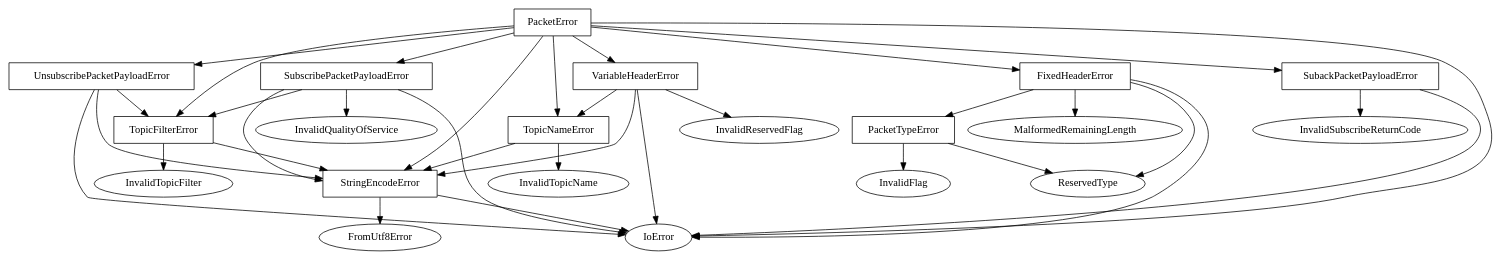
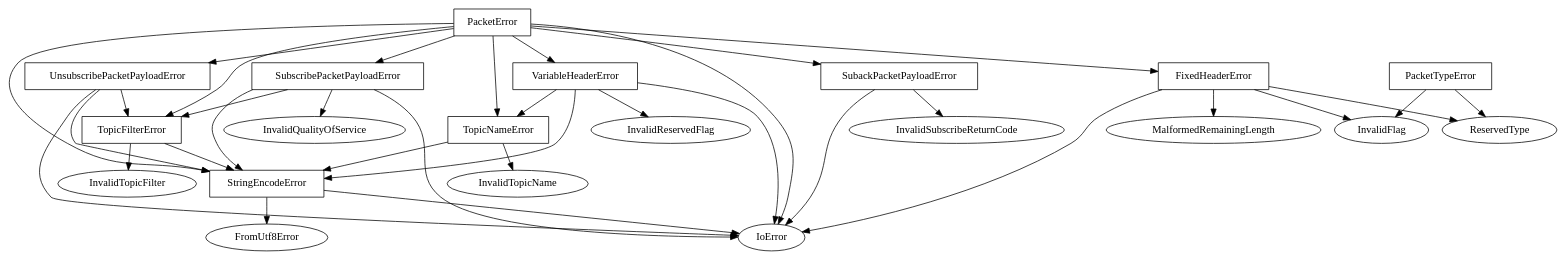
Before and after one commit to zonyitoo/mqtt-rs: the diagram in errortypes.dot, drawn with Graphviz. The commit also changed 4 other files, not shown here.

First line of the commit message:
Simplify `FixedHeaderError`.

```diff
--- a/errortypes.dot
+++ b/errortypes.dot
@@ -1,58 +1,58 @@
 // Generated using the following shell command and some manual tinkering.
 // rg enum.*Error -A20 -I|sed -n /enum.*Error/,/}/p|rg -v //|sed 's/[(,].*//'
 
 digraph errors {
   TopicFilterError [shape=box]
   TopicFilterError -> StringEncodeError;
   TopicFilterError -> InvalidTopicFilter;
 
   TopicNameError [shape=box]
   TopicNameError -> StringEncodeError;
   TopicNameError -> InvalidTopicName;
 
   StringEncodeError [shape=box]
   StringEncodeError -> IoError;
   StringEncodeError -> FromUtf8Error;
 
   PacketTypeError [shape=box]
   PacketTypeError -> ReservedType;
   PacketTypeError -> InvalidFlag;
 
   FixedHeaderError [shape=box]
   FixedHeaderError -> IoError;
   FixedHeaderError -> MalformedRemainingLength;
   FixedHeaderError -> ReservedType;
-  FixedHeaderError -> PacketTypeError;
+  FixedHeaderError -> InvalidFlag;
 
   SubscribePacketPayloadError [shape=box]
   SubscribePacketPayloadError -> IoError;
   SubscribePacketPayloadError -> StringEncodeError;
   SubscribePacketPayloadError -> InvalidQualityOfService;
   SubscribePacketPayloadError -> TopicFilterError;
 
   SubackPacketPayloadError [shape=box]
   SubackPacketPayloadError -> IoError;
   SubackPacketPayloadError -> InvalidSubscribeReturnCode;
 
   UnsubscribePacketPayloadError [shape=box]
   UnsubscribePacketPayloadError -> IoError;
   UnsubscribePacketPayloadError -> StringEncodeError;
   UnsubscribePacketPayloadError -> TopicFilterError;
 
   PacketError [shape=box]
   PacketError -> IoError;
   PacketError -> FixedHeaderError;
   PacketError -> VariableHeaderError;
   PacketError -> SubackPacketPayloadError;
   PacketError -> SubscribePacketPayloadError;
   PacketError -> UnsubscribePacketPayloadError;
   PacketError -> StringEncodeError;
   PacketError -> TopicNameError;
   PacketError -> TopicFilterError;
 
   VariableHeaderError [shape=box]
   VariableHeaderError -> IoError;
   VariableHeaderError -> StringEncodeError;
   VariableHeaderError -> InvalidReservedFlag;
   VariableHeaderError -> TopicNameError;
 }
```
